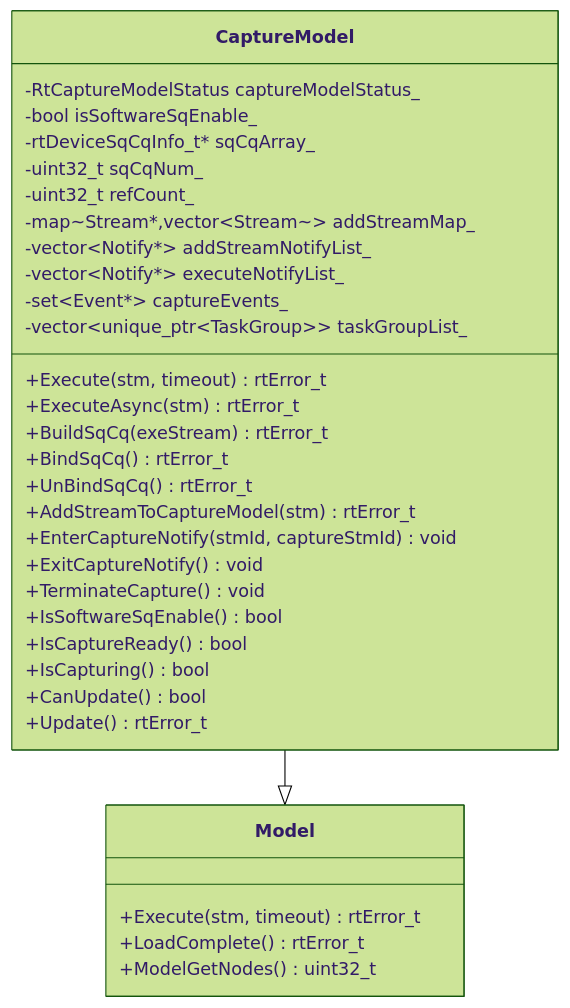
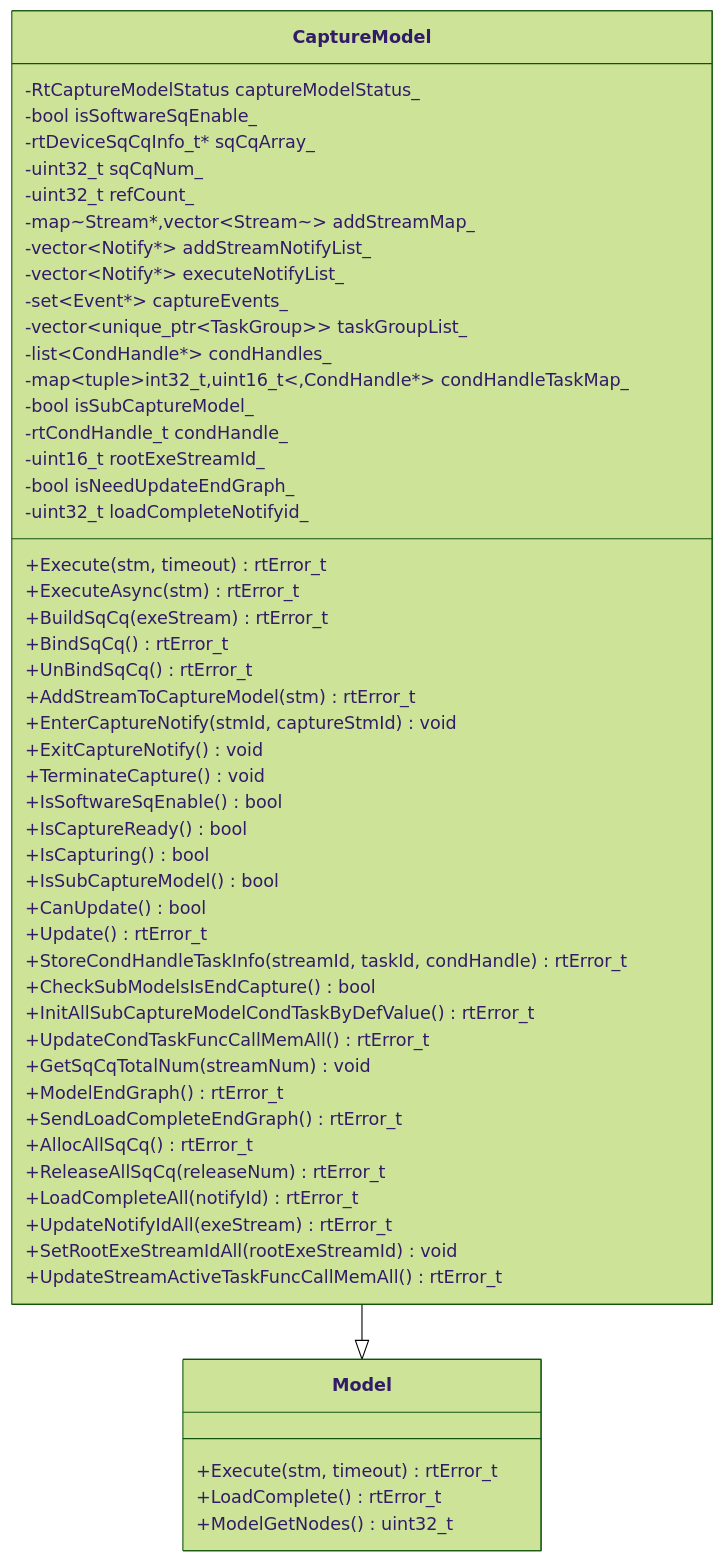
Before and after one commit to 18liumin/runtime: diagram 11 of 15 in docs/design/features/aclgraph.md, drawn with Mermaid (forest theme). The commit also changed other lines of this file, not shown here.

First line of the commit message:
【PR】: 简要描述 aclgraph cond design描述

````diff
--- a/docs/design/features/aclgraph.md
+++ b/docs/design/features/aclgraph.md
@@ -506,37 +787,58 @@
 ```mermaid
 classDiagram
     class CaptureModel {
         -RtCaptureModelStatus captureModelStatus_
         -bool isSoftwareSqEnable_
         -rtDeviceSqCqInfo_t* sqCqArray_
         -uint32_t sqCqNum_
         -uint32_t refCount_
         -map~Stream*,vector~Stream~~ addStreamMap_
         -vector~Notify*~ addStreamNotifyList_
         -vector~Notify*~ executeNotifyList_
         -set~Event*~ captureEvents_
         -vector~unique_ptr~TaskGroup~~ taskGroupList_
+        -list~CondHandle*~ condHandles_
+        -map~tuple~int32_t,uint16_t~,CondHandle*~ condHandleTaskMap_
+        -bool isSubCaptureModel_
+        -rtCondHandle_t condHandle_
+        -uint16_t rootExeStreamId_
+        -bool isNeedUpdateEndGraph_
+        -uint32_t loadCompleteNotifyid_
         +Execute(stm, timeout) rtError_t
         +ExecuteAsync(stm) rtError_t
         +BuildSqCq(exeStream) rtError_t
         +BindSqCq() rtError_t
         +UnBindSqCq() rtError_t
         +AddStreamToCaptureModel(stm) rtError_t
         +EnterCaptureNotify(stmId, captureStmId) void
         +ExitCaptureNotify() void
         +TerminateCapture() void
         +IsSoftwareSqEnable() bool
         +IsCaptureReady() bool
         +IsCapturing() bool
+        +IsSubCaptureModel() bool
         +CanUpdate() bool
         +Update() rtError_t
+        +StoreCondHandleTaskInfo(streamId, taskId, condHandle) rtError_t
+        +CheckSubModelsIsEndCapture() bool
+        +InitAllSubCaptureModelCondTaskByDefValue() rtError_t
+        +UpdateCondTaskFuncCallMemAll() rtError_t
+        +GetSqCqTotalNum(streamNum) void
+        +ModelEndGraph() rtError_t
+        +SendLoadCompleteEndGraph() rtError_t
+        +AllocAllSqCq() rtError_t
+        +ReleaseAllSqCq(releaseNum) rtError_t
+        +LoadCompleteAll(notifyId) rtError_t
+        +UpdateNotifyIdAll(exeStream) rtError_t
+        +SetRootExeStreamIdAll(rootExeStreamId) void
+        +UpdateStreamActiveTaskFuncCallMemAll() rtError_t
     }
     
     class Model {
         +Execute(stm, timeout) rtError_t
         +LoadComplete() rtError_t
         +ModelGetNodes() uint32_t
     }
     
     CaptureModel --|> Model
 ```
````
